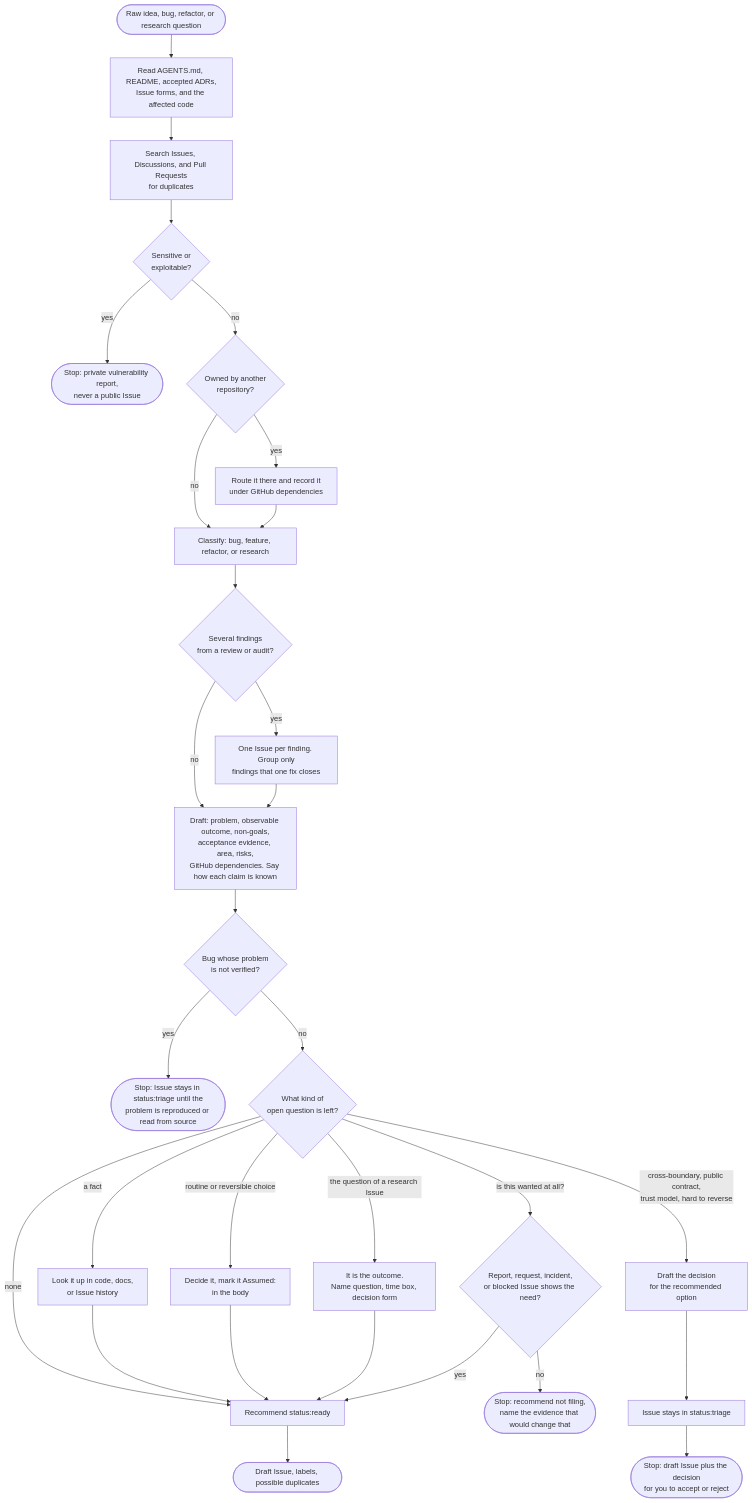
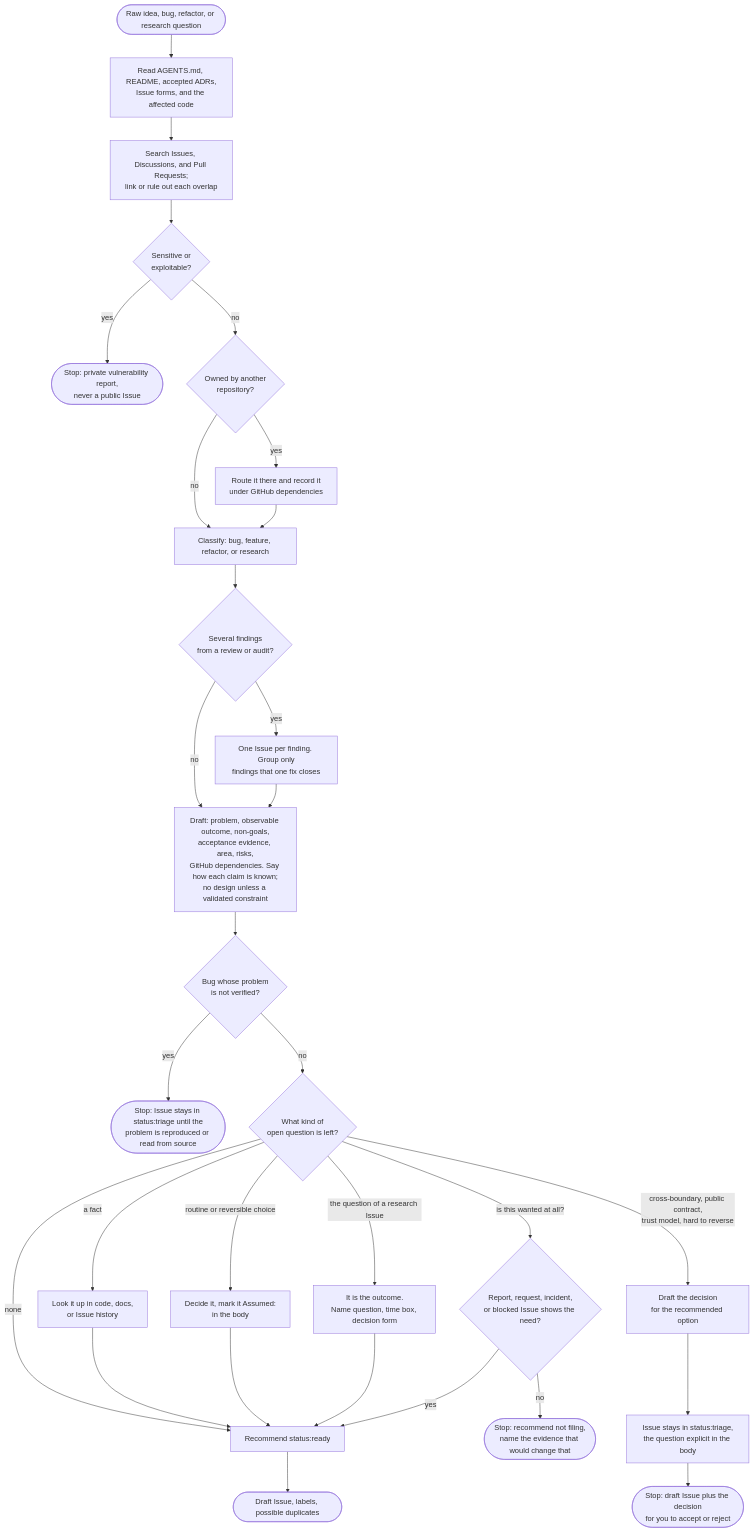
Before and after one commit to Sannrox/agent-kit: the third of 20 diagrams in docs/skill-flows.md, drawn with Mermaid. The commit also changed 1 other file, not shown here.

Commit message:
feat(shape-work-item): require overlap linking and keep uncertainty and design out (#83)
Shaping completes only when each overlap is linked or ruled out; an
Issue has one primary route with explained exceptions; implementation
design stays out unless it is a validated constraint; an open question
stays explicit in the body.

````diff
--- a/docs/skill-flows.md
+++ b/docs/skill-flows.md
@@ -61,32 +61,32 @@
 ```mermaid
 flowchart TD
     start(["Raw idea, bug, refactor, or research question"]) --> read["Read AGENTS.md, README, accepted ADRs,<br/>Issue forms, and the affected code"]
-    read --> dup["Search Issues, Discussions, and Pull Requests<br/>for duplicates"]
+    read --> dup["Search Issues, Discussions, and Pull Requests;<br/>link or rule out each overlap"]
     dup --> sens{"Sensitive or<br/>exploitable?"}
     sens -->|"yes"| vuln(["Stop: private vulnerability report,<br/>never a public Issue"])
     sens -->|"no"| owner{"Owned by another<br/>repository?"}
     owner -->|"yes"| route["Route it there and record it<br/>under GitHub dependencies"]
     owner -->|"no"| classify
     route --> classify["Classify: bug, feature, refactor, or research"]
     classify --> many{"Several findings<br/>from a review or audit?"}
     many -->|"yes"| split["One Issue per finding. Group only<br/>findings that one fix closes"]
     many -->|"no"| draft
-    split --> draft["Draft: problem, observable outcome, non-goals,<br/>acceptance evidence, area, risks,<br/>GitHub dependencies. Say how each claim is known"]
+    split --> draft["Draft: problem, observable outcome, non-goals,<br/>acceptance evidence, area, risks,<br/>GitHub dependencies. Say how each claim is known;<br/>no design unless a validated constraint"]
     draft --> known{"Bug whose problem<br/>is not verified?"}
     known -->|"yes"| unverified(["Stop: Issue stays in status:triage until the<br/>problem is reproduced or read from source"])
     known -->|"no"| kind{"What kind of<br/>open question is left?"}
     kind -->|"none"| ready["Recommend status:ready"]
     kind -->|"a fact"| lookup["Look it up in code, docs,<br/>or Issue history"]
     kind -->|"routine or reversible choice"| assume["Decide it, mark it Assumed:<br/>in the body"]
     kind -->|"the question of a research Issue"| research["It is the outcome.<br/>Name question, time box, decision form"]
     kind -->|"is this wanted at all?"| need{"Report, request, incident,<br/>or blocked Issue shows the need?"}
     kind -->|"cross-boundary, public contract,<br/>trust model, hard to reverse"| decision["Draft the decision<br/>for the recommended option"]
     lookup --> ready
     assume --> ready
     research --> ready
     need -->|"yes"| ready
     need -->|"no"| nofile(["Stop: recommend not filing,<br/>name the evidence that would change that"])
-    decision --> triage["Issue stays in status:triage"]
+    decision --> triage["Issue stays in status:triage,<br/>the question explicit in the body"]
     ready --> out(["Draft Issue, labels, possible duplicates"])
     triage --> blocked(["Stop: draft Issue plus the decision<br/>for you to accept or reject"])
 ```
````
